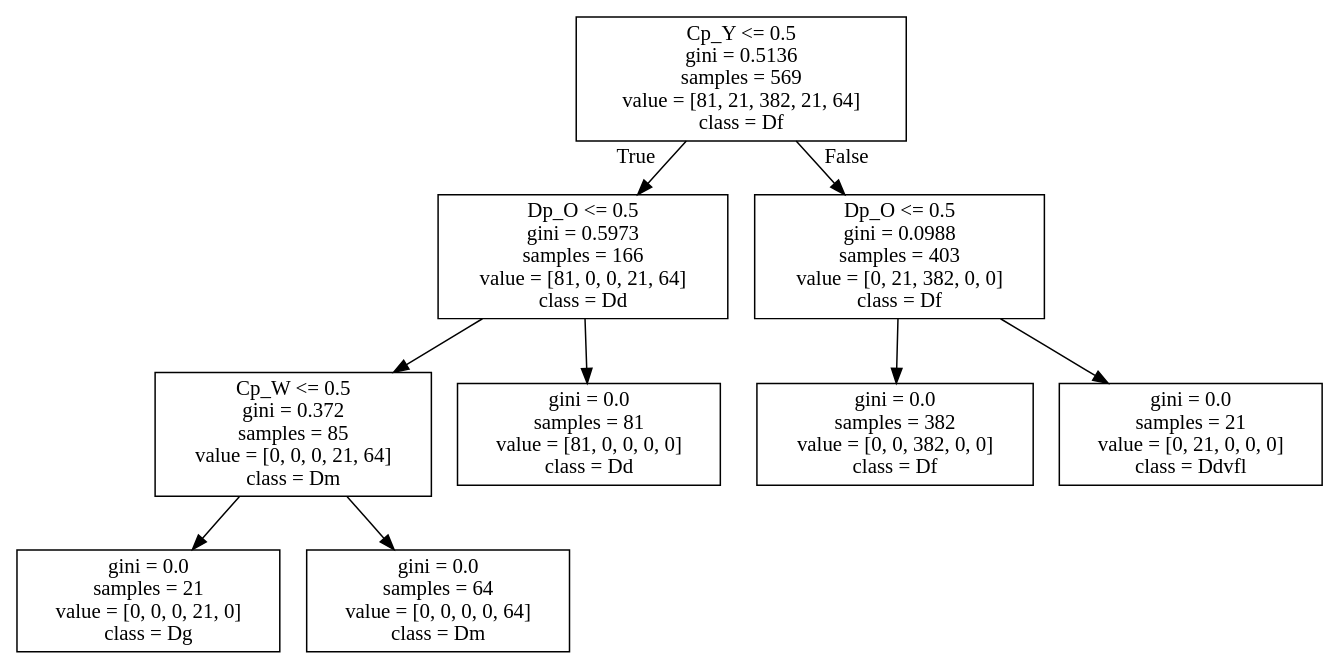
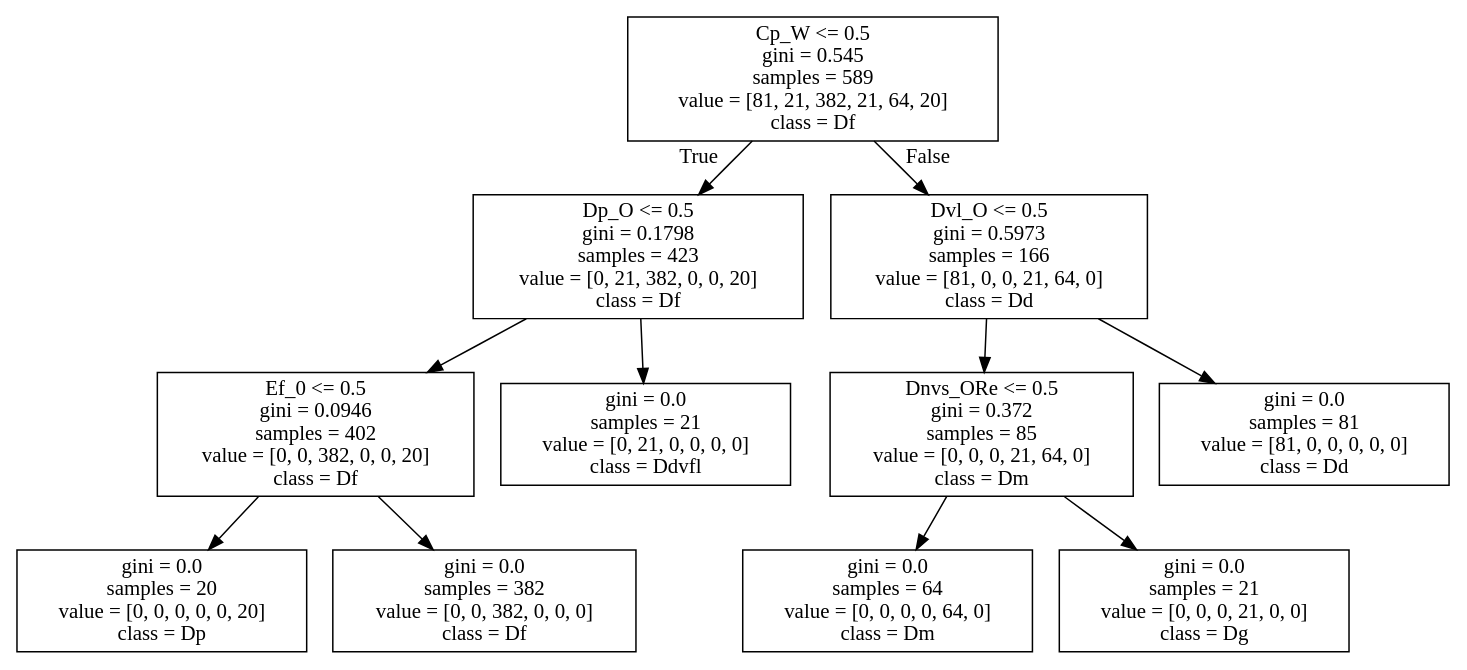
The diagram in me.dot (VBGI/df), drawn with Graphviz before and after one commit. The commit also changed 4 other files, not shown here.

```diff
--- a/me.dot
+++ b/me.dot
@@ -1,20 +1,24 @@
 digraph Tree {
 node [shape=box] ;
-0 [label="Сp_Y <= 0.5\ngini = 0.5136\nsamples = 569\nvalue = [81, 21, 382, 21, 64]\nclass = Df"] ;
-1 [label="Dp_O <= 0.5\ngini = 0.5973\nsamples = 166\nvalue = [81, 0, 0, 21, 64]\nclass = Dd"] ;
+0 [label="Сp_W <= 0.5\ngini = 0.545\nsamples = 589\nvalue = [81, 21, 382, 21, 64, 20]\nclass = Df"] ;
+1 [label="Dp_O <= 0.5\ngini = 0.1798\nsamples = 423\nvalue = [0, 21, 382, 0, 0, 20]\nclass = Df"] ;
 0 -> 1 [labeldistance=2.5, labelangle=45, headlabel="True"] ;
-2 [label="Сp_W <= 0.5\ngini = 0.372\nsamples = 85\nvalue = [0, 0, 0, 21, 64]\nclass = Dm"] ;
+2 [label="Ef_0 <= 0.5\ngini = 0.0946\nsamples = 402\nvalue = [0, 0, 382, 0, 0, 20]\nclass = Df"] ;
 1 -> 2 ;
-3 [label="gini = 0.0\nsamples = 21\nvalue = [0, 0, 0, 21, 0]\nclass = Dg"] ;
+3 [label="gini = 0.0\nsamples = 20\nvalue = [0, 0, 0, 0, 0, 20]\nclass = Dp"] ;
 2 -> 3 ;
-4 [label="gini = 0.0\nsamples = 64\nvalue = [0, 0, 0, 0, 64]\nclass = Dm"] ;
+4 [label="gini = 0.0\nsamples = 382\nvalue = [0, 0, 382, 0, 0, 0]\nclass = Df"] ;
 2 -> 4 ;
-5 [label="gini = 0.0\nsamples = 81\nvalue = [81, 0, 0, 0, 0]\nclass = Dd"] ;
+5 [label="gini = 0.0\nsamples = 21\nvalue = [0, 21, 0, 0, 0, 0]\nclass = Ddvfl"] ;
 1 -> 5 ;
-6 [label="Dp_O <= 0.5\ngini = 0.0988\nsamples = 403\nvalue = [0, 21, 382, 0, 0]\nclass = Df"] ;
+6 [label="Dvl_O <= 0.5\ngini = 0.5973\nsamples = 166\nvalue = [81, 0, 0, 21, 64, 0]\nclass = Dd"] ;
 0 -> 6 [labeldistance=2.5, labelangle=-45, headlabel="False"] ;
-7 [label="gini = 0.0\nsamples = 382\nvalue = [0, 0, 382, 0, 0]\nclass = Df"] ;
+7 [label="Dnvs_ORe <= 0.5\ngini = 0.372\nsamples = 85\nvalue = [0, 0, 0, 21, 64, 0]\nclass = Dm"] ;
 6 -> 7 ;
-8 [label="gini = 0.0\nsamples = 21\nvalue = [0, 21, 0, 0, 0]\nclass = Ddvfl"] ;
-6 -> 8 ;
+8 [label="gini = 0.0\nsamples = 64\nvalue = [0, 0, 0, 0, 64, 0]\nclass = Dm"] ;
+7 -> 8 ;
+9 [label="gini = 0.0\nsamples = 21\nvalue = [0, 0, 0, 21, 0, 0]\nclass = Dg"] ;
+7 -> 9 ;
+10 [label="gini = 0.0\nsamples = 81\nvalue = [81, 0, 0, 0, 0, 0]\nclass = Dd"] ;
+6 -> 10 ;
 }
```
